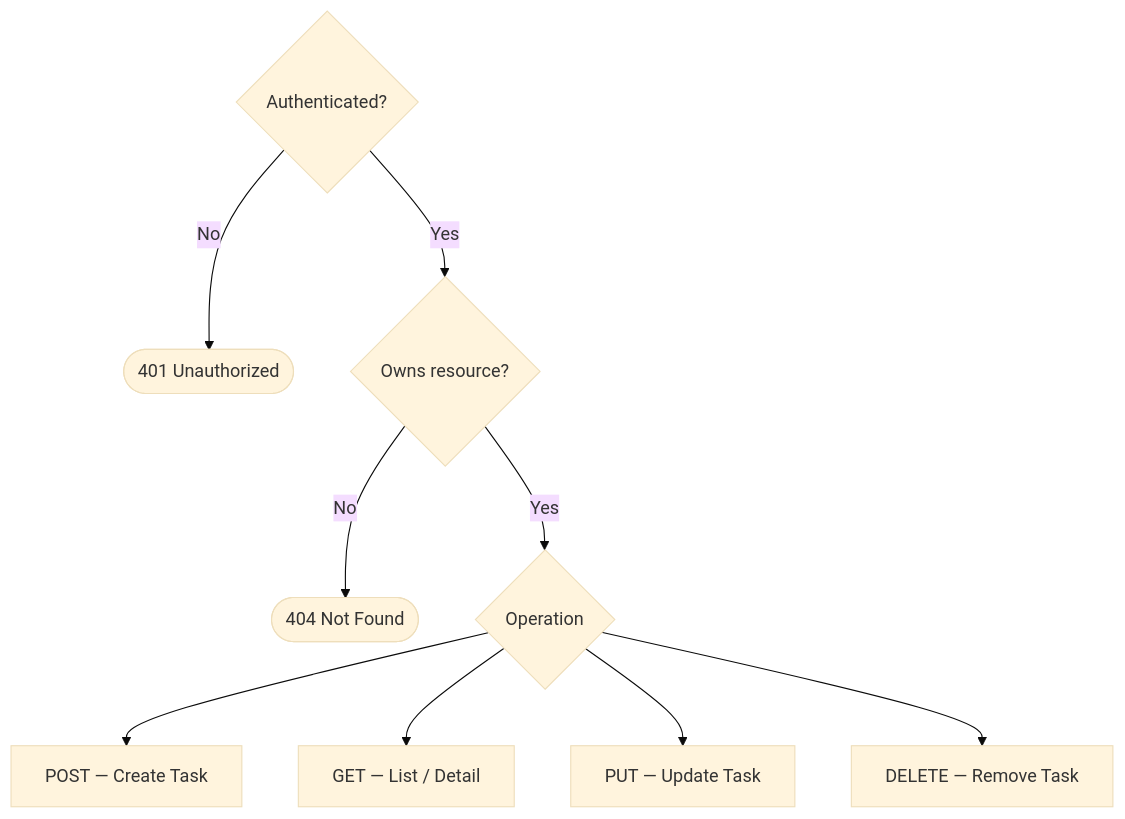
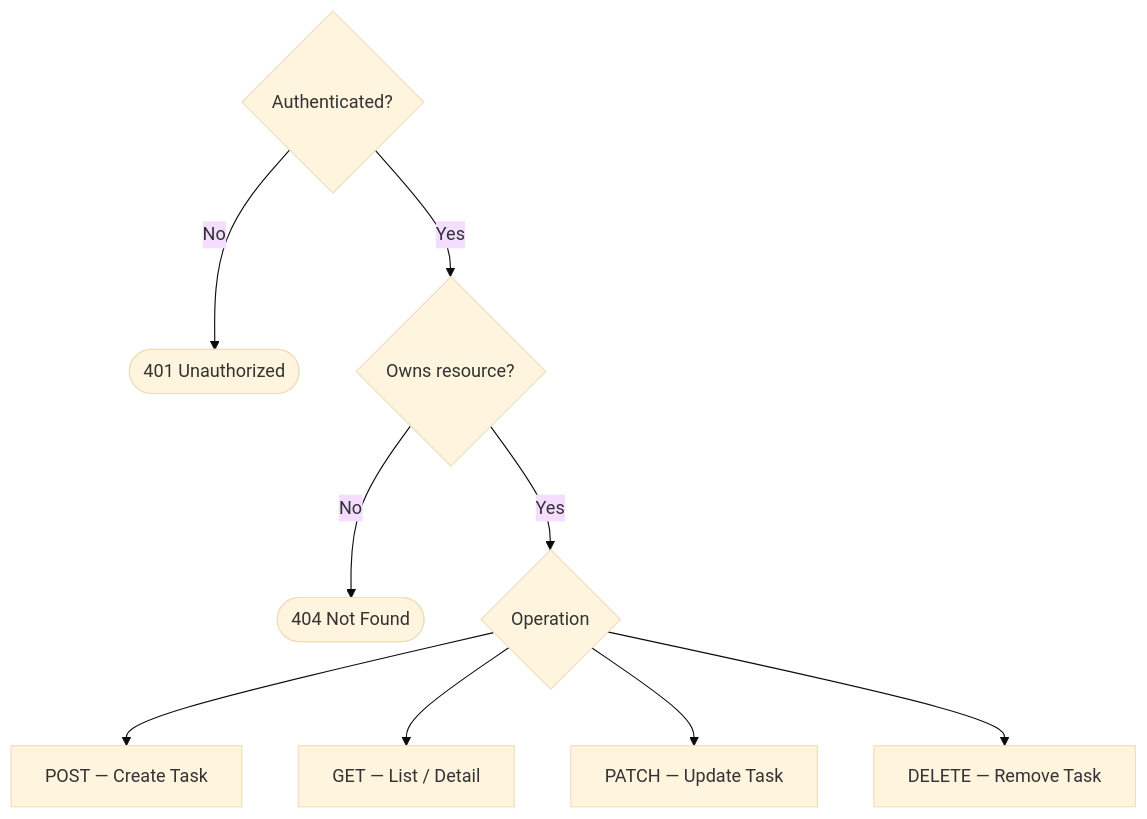
Before and after one commit to virgenherrera/Ballast-Lane-code_challenge: the second of 2 diagrams in docs/epics/EP02-task-management.md, drawn with Mermaid (base theme). The commit also changed other lines of this file and 35 other files, not shown here.

First line of the commit message:
docs: sprint 00 — architecture, process protocols, adversarial review

````diff
--- a/docs/epics/EP02-task-management.md
+++ b/docs/epics/EP02-task-management.md
@@ -24,13 +30,13 @@
 ```mermaid
 %% Task CRUD flow — all require authentication
 flowchart TD
     Auth{Authenticated?}
     Auth -->|No| Deny([401 Unauthorized])
     Auth -->|Yes| Own{Owns resource?}
     Own -->|No| NotFound([404 Not Found])
     Own -->|Yes| Op{Operation}
     Op --> Create[POST — Create Task]
     Op --> Read[GET — List / Detail]
-    Op --> Update[PUT — Update Task]
+    Op --> Update[PATCH — Update Task]
     Op --> Delete[DELETE — Remove Task]
 ```
````
